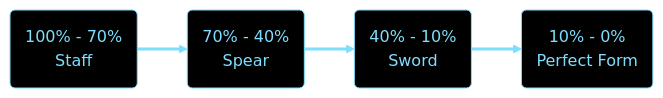
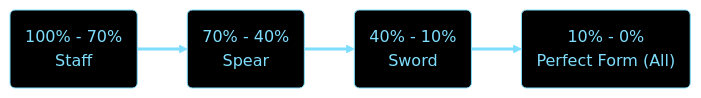
One commit to SilverHalf/nexus-of-eternity changed the first of 5 diagrams in mechanics/index.md. Above: the diagram before and after it, drawn with Mermaid. The commit also changed other lines of this file and 20 other files, not shown here.

Commit message:
Added openings and timelines

````diff
--- a/mechanics/index.md
+++ b/mechanics/index.md
@@ -50,28 +50,28 @@
 ```mermaid
 flowchart LR
     %%{init: {'themeVariables': { 'edgeLabelBackground': 'transparent'}}}%%
     linkStyle default stroke:#7fdefd,stroke-width:3px,color:#7fdefd,font-size:13px,background-color:#000000
     classDef invis fill:#000000,stroke:#000000,color:#000000
     classDef green fill:#00540d,stroke-width:0,color:#fff
     classDef blue fill:#0072c9,stroke-width:0,color:#fff
     classDef default fill:#000000,stroke:#7fdefd,color:#7fdefd
 
     phase1("`100% - 70%
     Staff`")
     phase2("`70% - 40%
     Spear`")
     phase3("`40% - 10%
     Sword`")
     phase4("`10% - 0%
-    Perfect Form`")
+    Perfect Form (All)`")
 
     phase1 --> phase2
     phase2 --> phase3
     phase3 --> phase4
 
     click phase1 "#100---70---staff-phase"
     click phase2 "#70---40---spear-phase"
     click phase3 "#40---10---sword-phase"
     click phase4 "#10---0---perfect-form"
 
 ```
````
